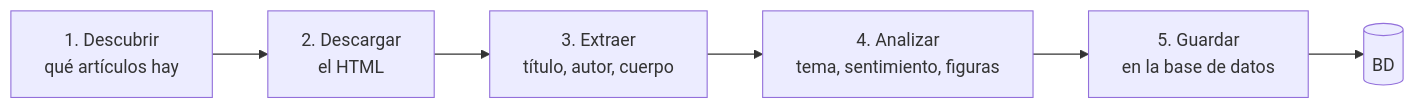
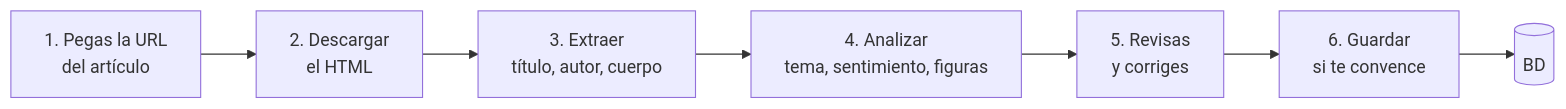
One commit to Jcazt21/ODIN changed the diagram in README.md. Above: the diagram before and after it, drawn with Mermaid. The commit also changed other lines of this file and 64 other files, not shown here.

````diff
--- a/README.md
+++ b/README.md
@@ -93,8 +100,9 @@
 ```mermaid
 flowchart LR
-    A[1. Descubrir<br/>qué artículos hay] --> B[2. Descargar<br/>el HTML]
+    A[1. Pegas la URL<br/>del artículo] --> B[2. Descargar<br/>el HTML]
     B --> C[3. Extraer<br/>título, autor, cuerpo]
     C --> D[4. Analizar<br/>tema, sentimiento, figuras]
-    D --> E[5. Guardar<br/>en la base de datos]
-    E --> F[(BD)]
+    D --> E[5. Revisas<br/>y corriges]
+    E --> F[6. Guardar<br/>si te convence]
+    F --> G[(BD)]
 ```
````
